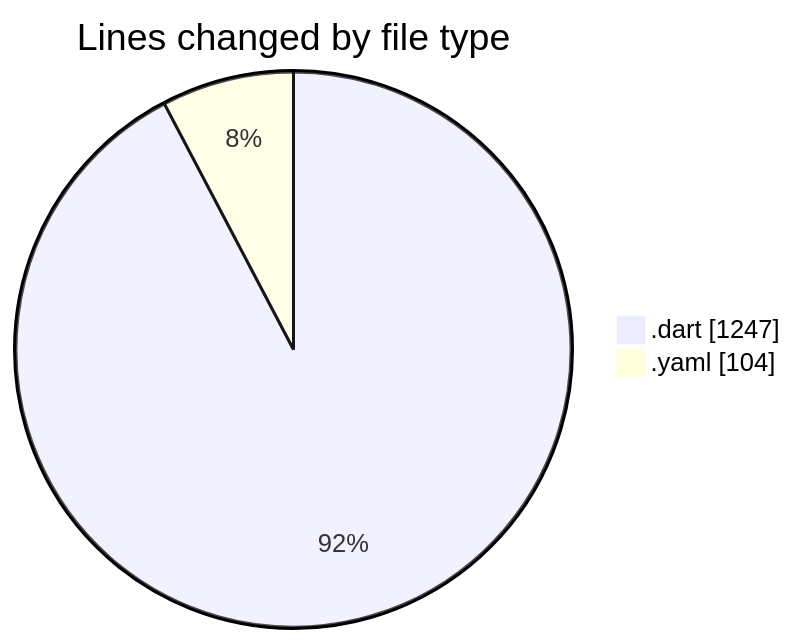
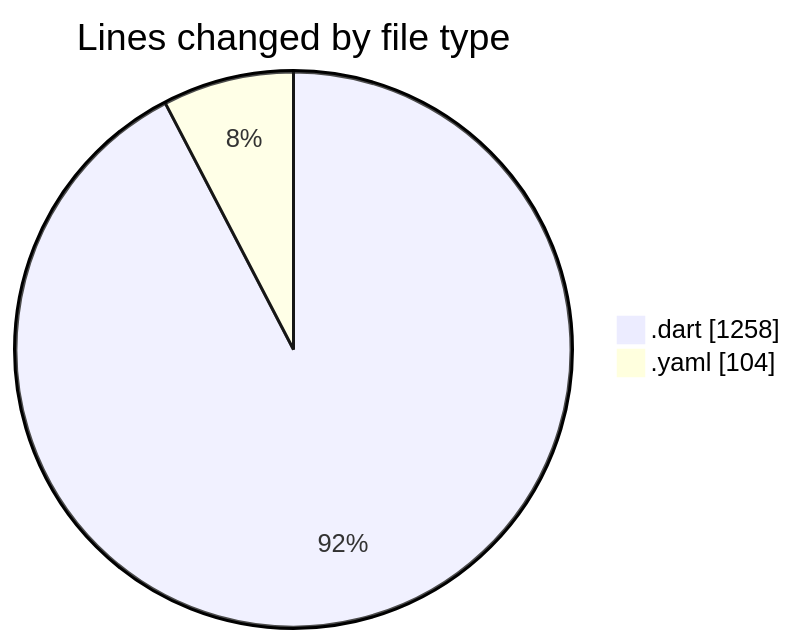
One commit to donsfak/code-tracking changed the first of 2 diagrams in 2025-03-08/uber_clone/README.md. Above: the diagram before and after it, drawn with Mermaid. The commit also changed other lines of this file and 1 other file, not shown here.

````diff
--- a/2025-03-08/uber_clone/README.md
+++ b/2025-03-08/uber_clone/README.md
@@ -22,6 +22,6 @@
 ```mermaid
 pie showData
 title Lines changed by file type
-".dart" : 1247
+".dart" : 1258
 ".yaml" : 104
 ```
````
